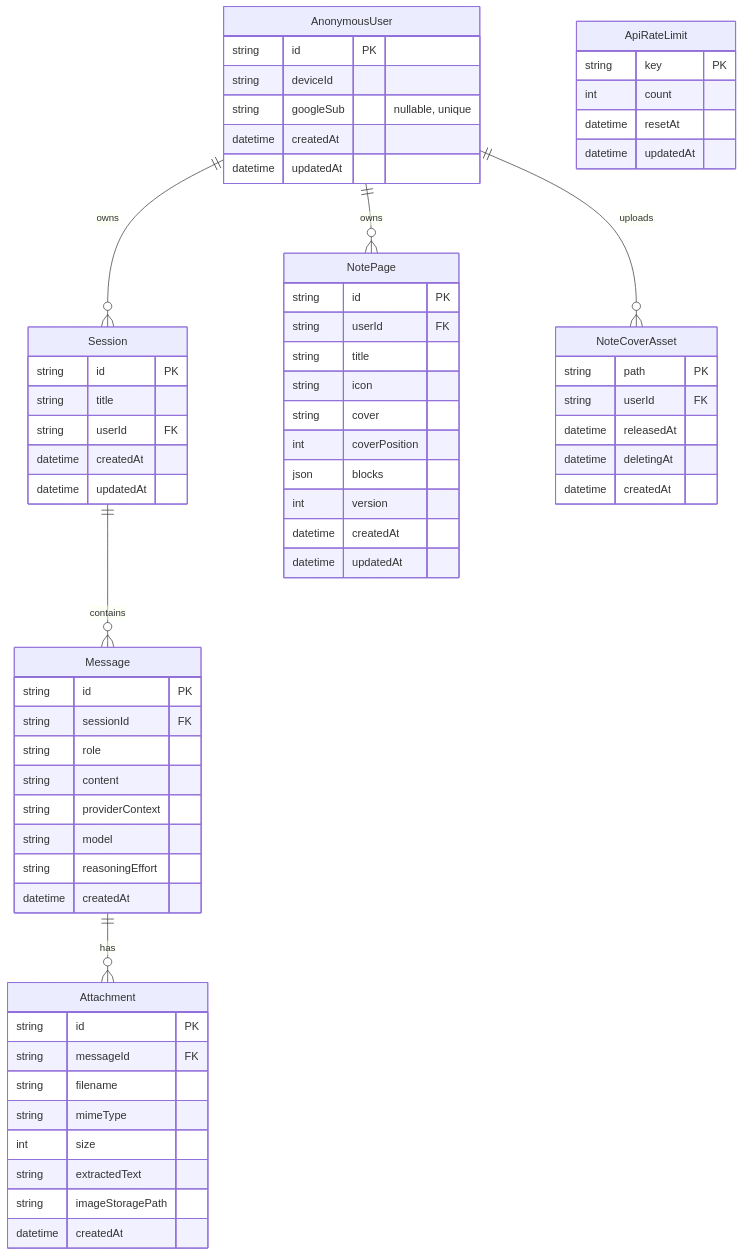
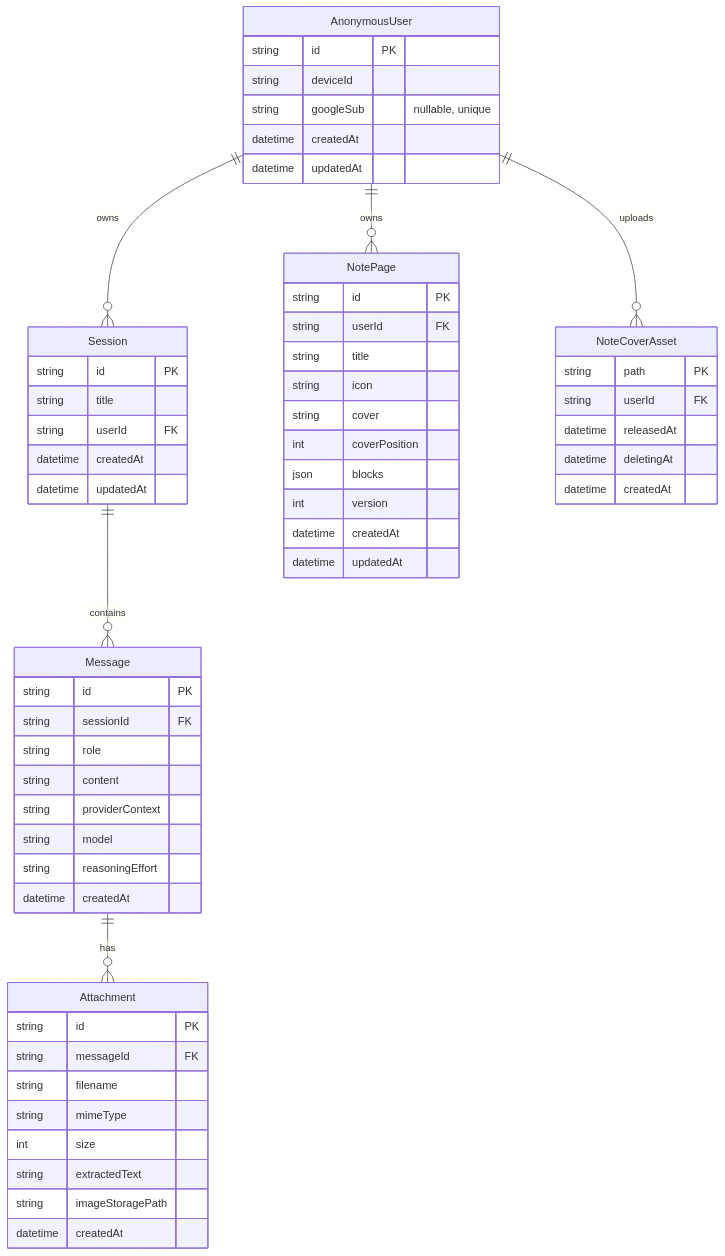
The diagram in docs/architecture/database.md (kakumine2001/NoteFable), drawn with Mermaid before and after one commit. The commit also changed other lines of this file and 15 other files, not shown here.

````diff
--- a/docs/architecture/database.md
+++ b/docs/architecture/database.md
@@ -58,74 +58,67 @@
 ```mermaid
 erDiagram
     AnonymousUser ||--o{ Session : owns
     Session ||--o{ Message : contains
     Message ||--o{ Attachment : has
     AnonymousUser ||--o{ NotePage : owns
     AnonymousUser ||--o{ NoteCoverAsset : uploads
 
     AnonymousUser {
         string id PK
         string deviceId
         string googleSub "nullable, unique"
         datetime createdAt
         datetime updatedAt
     }
 
     NoteCoverAsset {
         string path PK
         string userId FK
         datetime releasedAt
         datetime deletingAt
         datetime createdAt
     }
 
     NotePage {
         string id PK
         string userId FK
         string title
         string icon
         string cover
         int coverPosition
         json blocks
         int version
         datetime createdAt
         datetime updatedAt
     }
 
     Session {
         string id PK
         string title
         string userId FK
         datetime createdAt
         datetime updatedAt
     }
 
     Message {
         string id PK
         string sessionId FK
         string role
         string content
         string providerContext
         string model
         string reasoningEffort
         datetime createdAt
     }
 
     Attachment {
         string id PK
         string messageId FK
         string filename
         string mimeType
         int size
         string extractedText
         string imageStoragePath
         datetime createdAt
     }
-
-    ApiRateLimit {
-        string key PK
-        int count
-        datetime resetAt
-        datetime updatedAt
-    }
 ```
````
